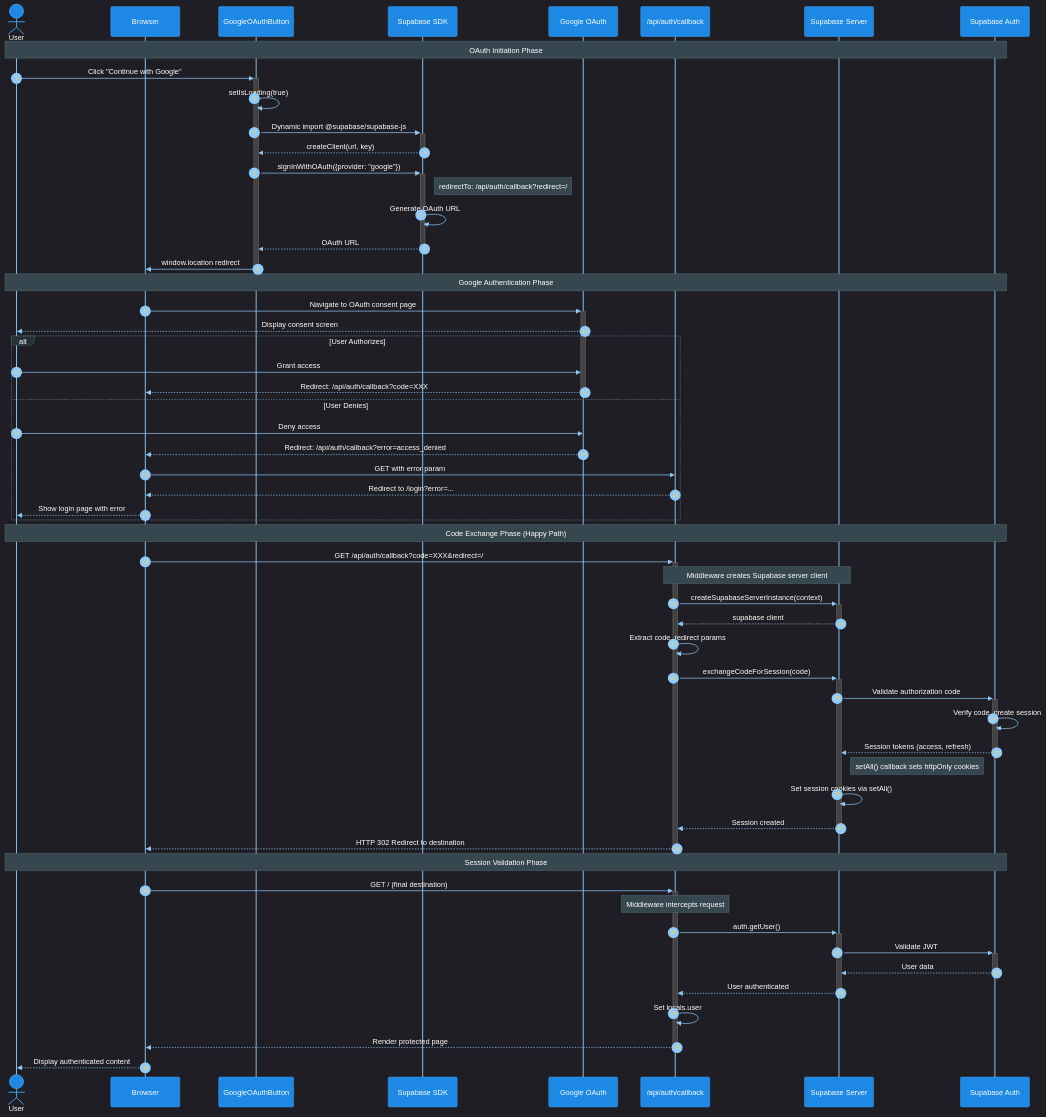
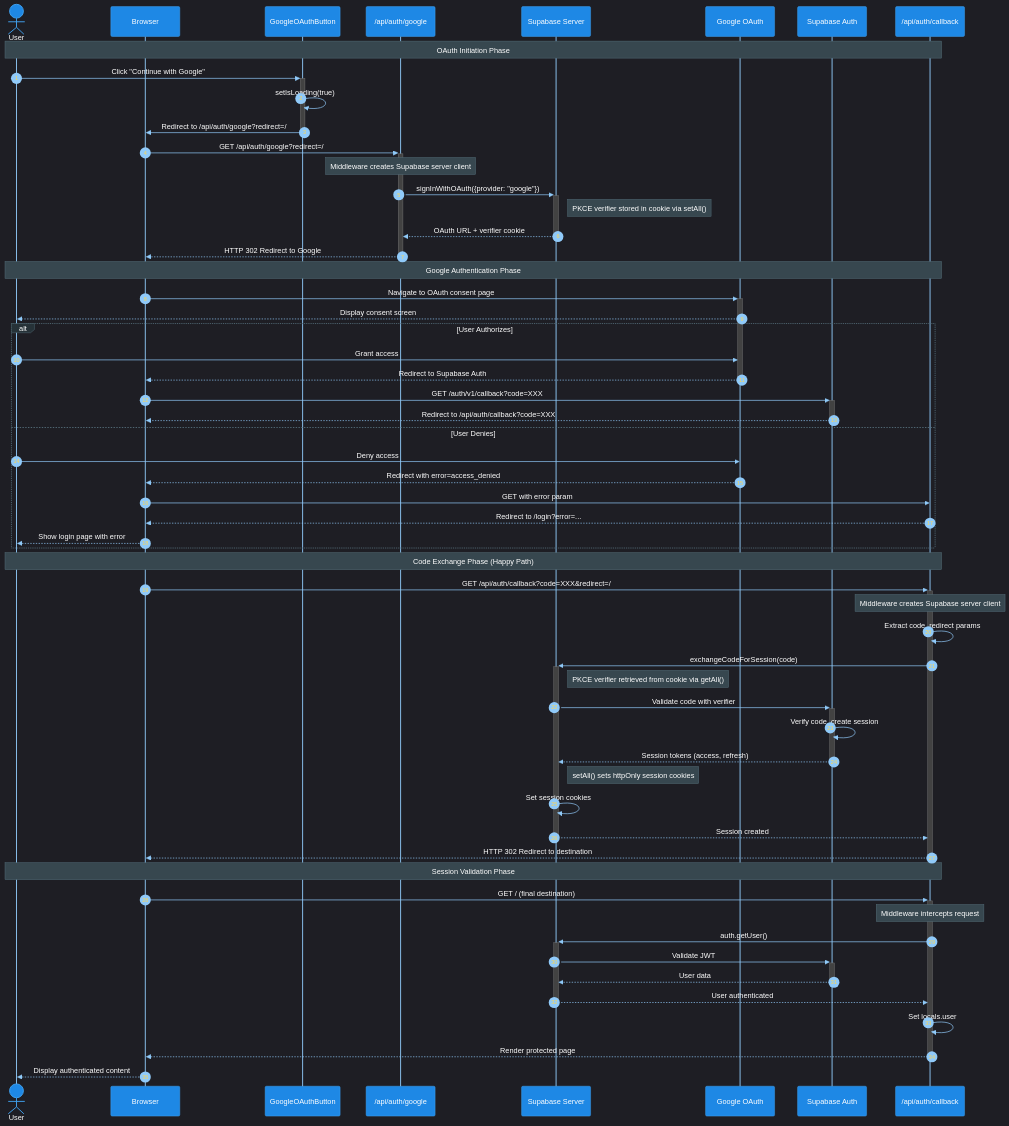
The diagram in .ai/diagrams/auth/google-oauth-sequence.md (dkarwacki/trip-planner), drawn with Mermaid before and after one commit. The commit also changed other lines of this file and 8 other files, not shown here.

Commit message:
fix: fixed google oauth

```diff
--- a/.ai/diagrams/auth/google-oauth-sequence.md
+++ b/.ai/diagrams/auth/google-oauth-sequence.md
@@ -44,72 +44,71 @@
     actor User
     participant Browser
     participant OAuthBtn as GoogleOAuthButton
-    participant SDK as Supabase SDK
+    participant OAuthAPI as /api/auth/google
+    participant Server as Supabase Server
     participant Google as Google OAuth
+    participant SupaAuth as Supabase Auth
     participant Callback as /api/auth/callback
-    participant Server as Supabase Server
-    participant Auth as Supabase Auth
 
-    Note over User, Auth: OAuth Initiation Phase
+    Note over User, Callback: OAuth Initiation Phase
 
     User->>+OAuthBtn: Click "Continue with Google"
     OAuthBtn->>OAuthBtn: setIsLoading(true)
+    OAuthBtn->>-Browser: Redirect to /api/auth/google?redirect=/
     
-    OAuthBtn->>+SDK: Dynamic import @supabase/supabase-js
-    SDK-->>-OAuthBtn: createClient(url, key)
+    Browser->>+OAuthAPI: GET /api/auth/google?redirect=/
+    Note over OAuthAPI: Middleware creates Supabase server client
     
-    OAuthBtn->>+SDK: signInWithOAuth({provider: "google"})
-    Note right of SDK: redirectTo: /api/auth/callback?redirect=/
-    SDK->>SDK: Generate OAuth URL
-    SDK-->>-OAuthBtn: OAuth URL
+    OAuthAPI->>+Server: signInWithOAuth({provider: "google"})
+    Note right of Server: PKCE verifier stored in cookie via setAll()
+    Server-->>-OAuthAPI: OAuth URL + verifier cookie
     
-    OAuthBtn->>Browser: window.location redirect
-    deactivate OAuthBtn
+    OAuthAPI-->>-Browser: HTTP 302 Redirect to Google
 
-    Note over User, Auth: Google Authentication Phase
+    Note over User, Callback: Google Authentication Phase
 
     Browser->>+Google: Navigate to OAuth consent page
     Google-->>User: Display consent screen
     
     alt User Authorizes
         User->>Google: Grant access
-        Google-->>-Browser: Redirect: /api/auth/callback?code=XXX
+        Google-->>-Browser: Redirect to Supabase Auth
+        Browser->>+SupaAuth: GET /auth/v1/callback?code=XXX
+        SupaAuth-->>-Browser: Redirect to /api/auth/callback?code=XXX
     else User Denies
         User->>Google: Deny access
-        Google-->>Browser: Redirect: /api/auth/callback?error=access_denied
+        Google-->>Browser: Redirect with error=access_denied
         Browser->>Callback: GET with error param
         Callback-->>Browser: Redirect to /login?error=...
         Browser-->>User: Show login page with error
     end
 
-    Note over User, Auth: Code Exchange Phase (Happy Path)
+    Note over User, Callback: Code Exchange Phase (Happy Path)
 
     Browser->>+Callback: GET /api/auth/callback?code=XXX&redirect=/
-    
-    Note over Callback, Server: Middleware creates Supabase server client
-    Callback->>+Server: createSupabaseServerInstance(context)
-    Server-->>-Callback: supabase client
+    Note over Callback: Middleware creates Supabase server client
     
     Callback->>Callback: Extract code, redirect params
     
     Callback->>+Server: exchangeCodeForSession(code)
-    Server->>+Auth: Validate authorization code
-    Auth->>Auth: Verify code, create session
-    Auth-->>-Server: Session tokens (access, refresh)
+    Note right of Server: PKCE verifier retrieved from cookie via getAll()
+    Server->>+SupaAuth: Validate code with verifier
+    SupaAuth->>SupaAuth: Verify code, create session
+    SupaAuth-->>-Server: Session tokens (access, refresh)
     
-    Note right of Server: setAll() callback sets httpOnly cookies
-    Server->>Server: Set session cookies via setAll()
+    Note right of Server: setAll() sets httpOnly session cookies
+    Server->>Server: Set session cookies
     Server-->>-Callback: Session created
     
     Callback-->>-Browser: HTTP 302 Redirect to destination
 
-    Note over User, Auth: Session Validation Phase
+    Note over User, Callback: Session Validation Phase
 
     Browser->>+Callback: GET / (final destination)
     Note over Callback: Middleware intercepts request
     Callback->>+Server: auth.getUser()
-    Server->>+Auth: Validate JWT
-    Auth-->>-Server: User data
+    Server->>+SupaAuth: Validate JWT
+    SupaAuth-->>-Server: User data
     Server-->>-Callback: User authenticated
     Callback->>Callback: Set locals.user
     Callback-->>-Browser: Render protected page
```
